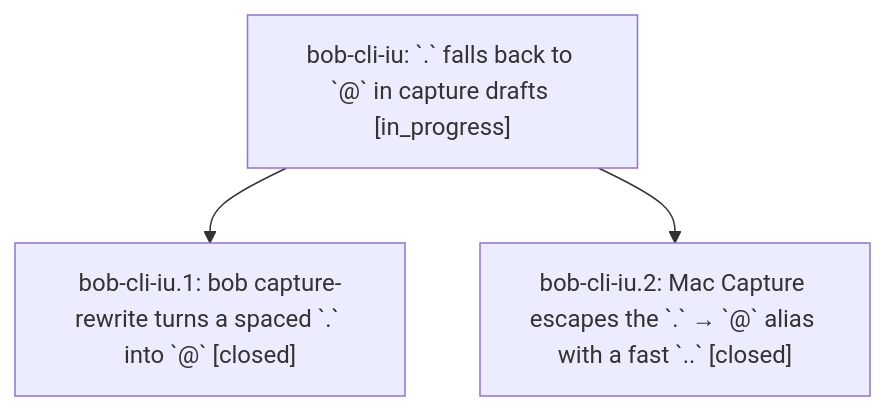
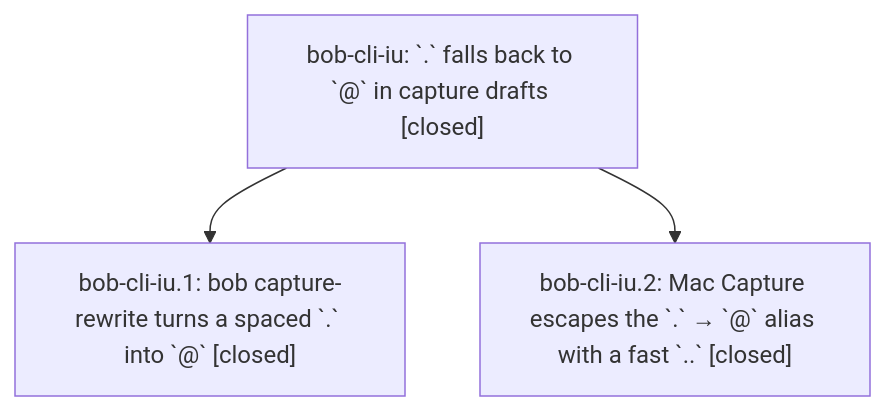
The diagram in pages/bob-cli-iu/README.md (bobs-org/bob-cli--beads), drawn with Mermaid before and after one commit. The commit also changed other lines of this file and 2 other files, not shown here.

First line of the commit message:
chore(beads): sync bead state and pages for bob-cli-iu

````diff
--- a/pages/bob-cli-iu/README.md
+++ b/pages/bob-cli-iu/README.md
@@ -35,8 +47,8 @@
 ```mermaid
 flowchart TD
-    n0["bob-cli-iu: `.` falls back to `@` in capture drafts [in_progress]"]
+    n0["bob-cli-iu: `.` falls back to `@` in capture drafts [closed]"]
     n1["bob-cli-iu.1: bob capture-rewrite turns a spaced `.` into `@` [closed]"]
     n2["bob-cli-iu.2: Mac Capture escapes the `.` → `@` alias with a fast `..` [closed]"]
     n0 --> n1
     n0 --> n2
 ```
````
